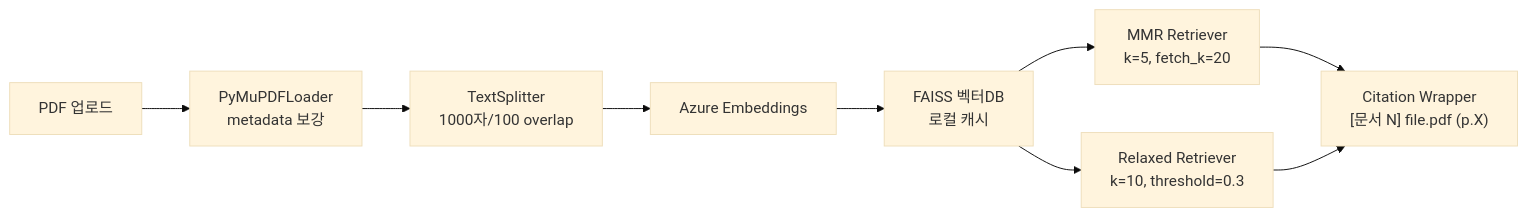
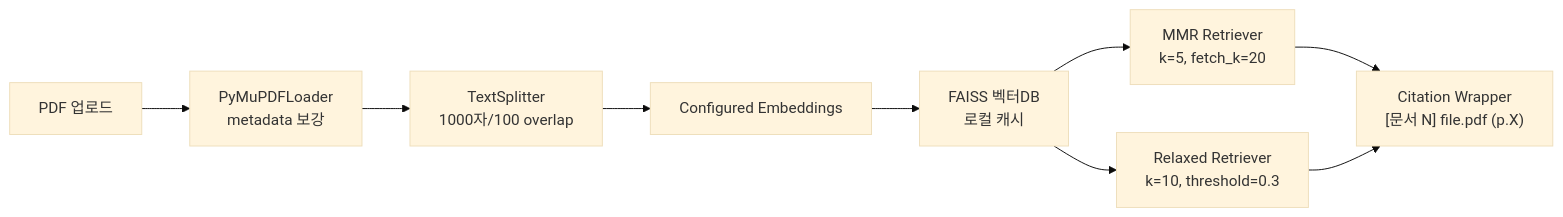
The third of 3 diagrams in README.md (SukbeomH/bok-economic-analyst), drawn with Mermaid (base theme) before and after one commit. The commit also changed other lines of this file and 16 other files, not shown here.

````diff
--- a/README.md
+++ b/README.md
@@ -164,11 +164,11 @@
 ```mermaid
 flowchart LR
     PDF["PDF 업로드"] --> LOAD["PyMuPDFLoader<br/>metadata 보강"]
     LOAD --> SPLIT["TextSplitter<br/>1000자/100 overlap"]
-    SPLIT --> EMBED["Azure Embeddings"]
+    SPLIT --> EMBED["Configured Embeddings"]
     EMBED --> FAISS["FAISS 벡터DB<br/>로컬 캐시"]
     FAISS --> MMR["MMR Retriever<br/>k=5, fetch_k=20"]
     FAISS --> RELAX["Relaxed Retriever<br/>k=10, threshold=0.3"]
     MMR --> CITE["Citation Wrapper<br/>[문서 N] file.pdf (p.X)"]
     RELAX --> CITE
 ```
````
